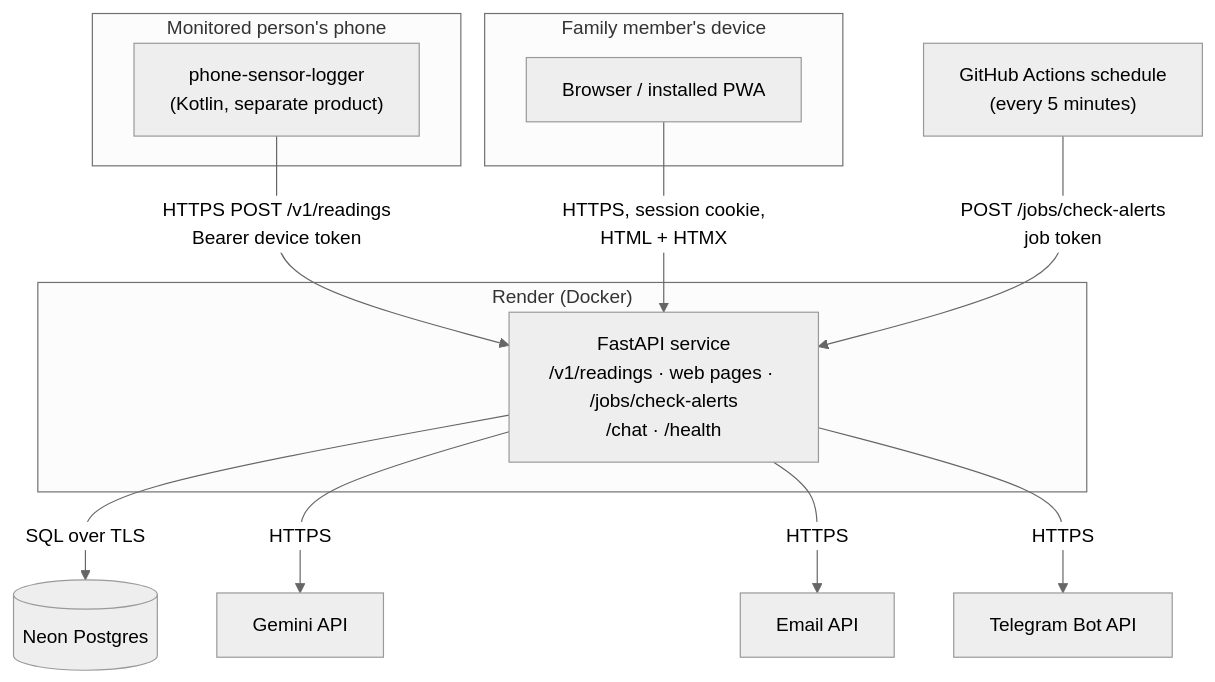
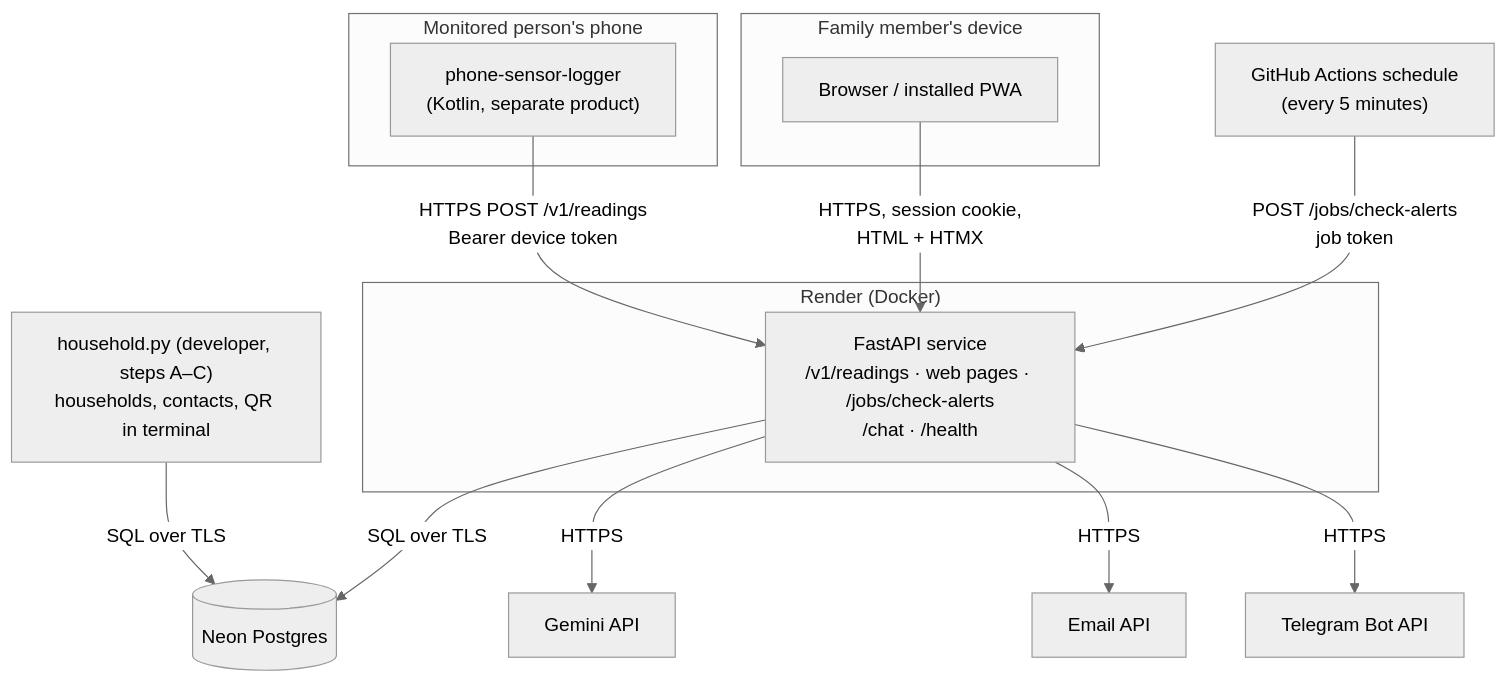
Before and after one commit to ambi1999/elder-activity-agent: the eighth of 12 diagrams in docs/architecture.md, drawn with Mermaid (neutral theme). The commit also changed other lines of this file and 21 other files, not shown here.

````diff
--- a/docs/architecture.md
+++ b/docs/architecture.md
@@ -226,27 +226,28 @@
 ```mermaid
 flowchart TB
     subgraph phone["Monitored person's phone"]
         logger["phone-sensor-logger<br/>(Kotlin, separate product)"]
     end
     subgraph fam["Family member's device"]
         browser["Browser / installed PWA"]
     end
 
     subgraph render["Render (Docker)"]
         api["FastAPI service<br/>/v1/readings · web pages · /jobs/check-alerts<br/>/chat · /health"]
     end
 
     neon[("Neon Postgres")]
     gemini["Gemini API"]
     email["Email API"]
     tg["Telegram Bot API"]
     sched["GitHub Actions schedule<br/>(every 5 minutes)"]
 
     logger -- "HTTPS POST /v1/readings<br/>Bearer device token" --> api
     browser -- "HTTPS, session cookie,<br/>HTML + HTMX" --> api
     sched -- "POST /jobs/check-alerts<br/>job token" --> api
+    cli["household.py (developer, steps A–C)<br/>households, contacts, QR in terminal"] -- "SQL over TLS" --> neon
     api -- "SQL over TLS" --> neon
     api -- "HTTPS" --> gemini
     api -- "HTTPS" --> email
     api -- "HTTPS" --> tg
 ```
````
